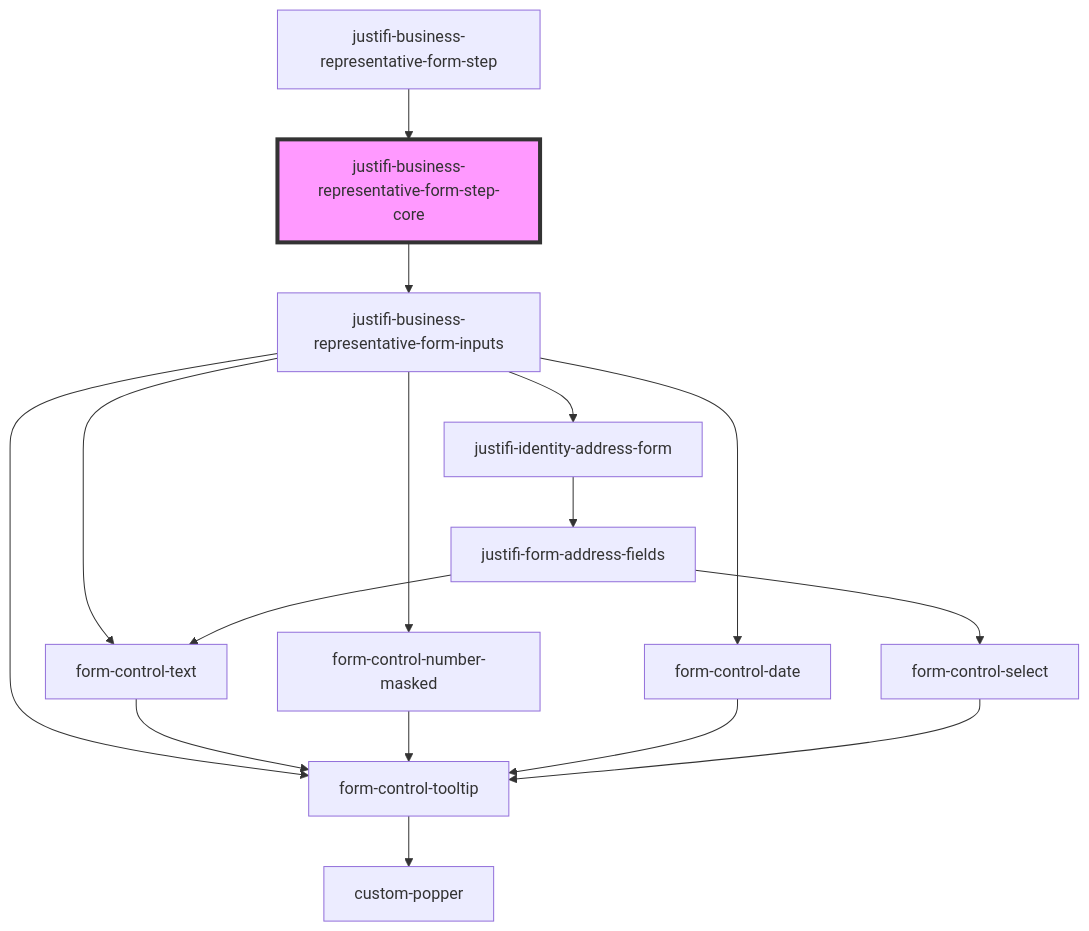
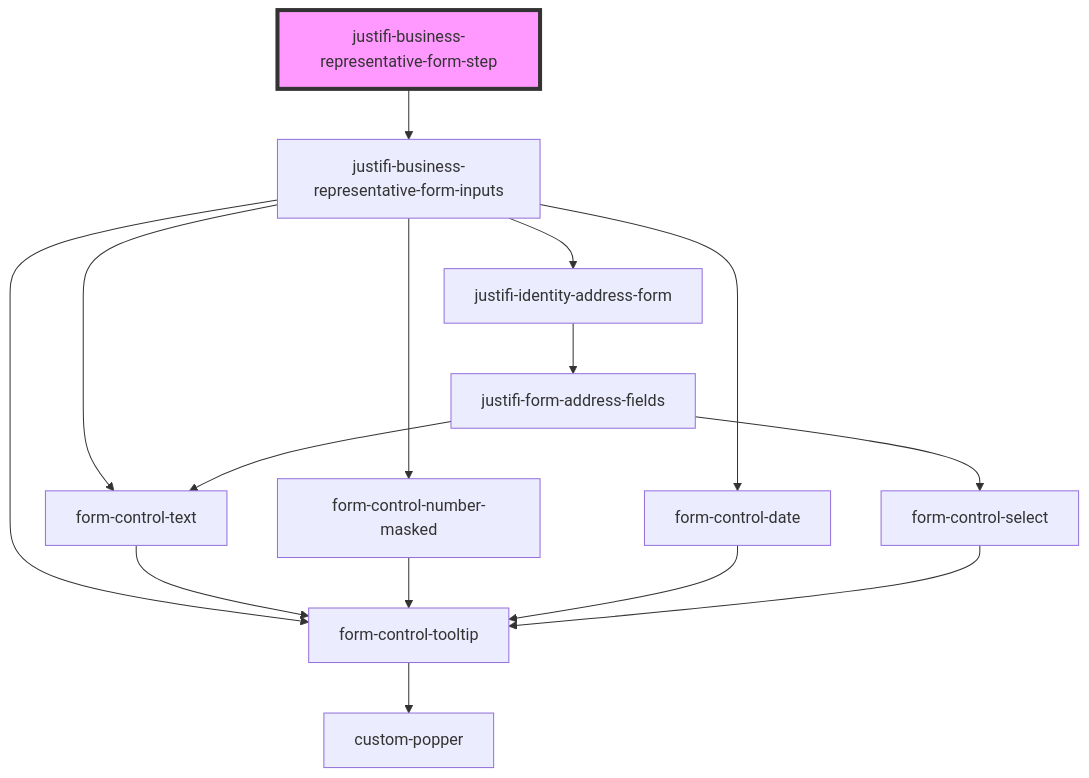
Before and after one commit to justifi-tech/web-component-library: the diagram in packages/webcomponents/src/components/business-forms/payment-provisioning/business-representative/README.md, drawn with Mermaid. The commit also changed other lines of this file and 2 other files, not shown here.

Commit message:
Remove core component from representative-form-step

````diff
--- a/packages/webcomponents/src/components/business-forms/payment-provisioning/business-representative/README.md
+++ b/packages/webcomponents/src/components/business-forms/payment-provisioning/business-representative/README.md
@@ -57,19 +53,18 @@
 ```mermaid
 graph TD;
-  justifi-business-representative-form-step-core --> justifi-business-representative-form-inputs
+  justifi-business-representative-form-step --> justifi-business-representative-form-inputs
   justifi-business-representative-form-inputs --> form-control-tooltip
   justifi-business-representative-form-inputs --> form-control-text
   justifi-business-representative-form-inputs --> form-control-number-masked
   justifi-business-representative-form-inputs --> form-control-date
   justifi-business-representative-form-inputs --> justifi-identity-address-form
   form-control-tooltip --> custom-popper
   form-control-text --> form-control-tooltip
   form-control-number-masked --> form-control-tooltip
   form-control-date --> form-control-tooltip
   justifi-identity-address-form --> justifi-form-address-fields
   justifi-form-address-fields --> form-control-text
   justifi-form-address-fields --> form-control-select
   form-control-select --> form-control-tooltip
-  justifi-business-representative-form-step --> justifi-business-representative-form-step-core
-  style justifi-business-representative-form-step-core fill:#f9f,stroke:#333,stroke-width:4px
+  style justifi-business-representative-form-step fill:#f9f,stroke:#333,stroke-width:4px
 ```
````
